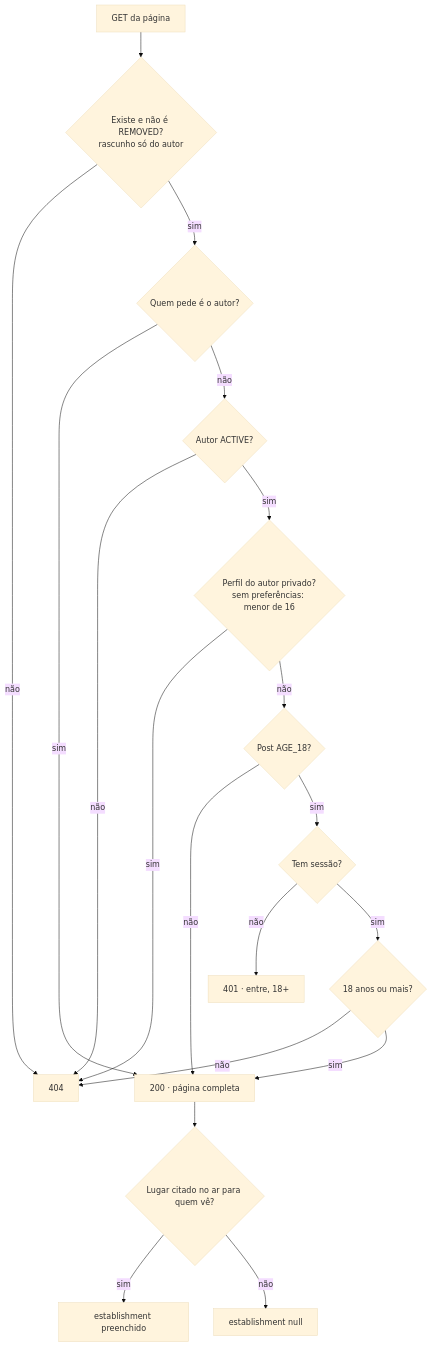
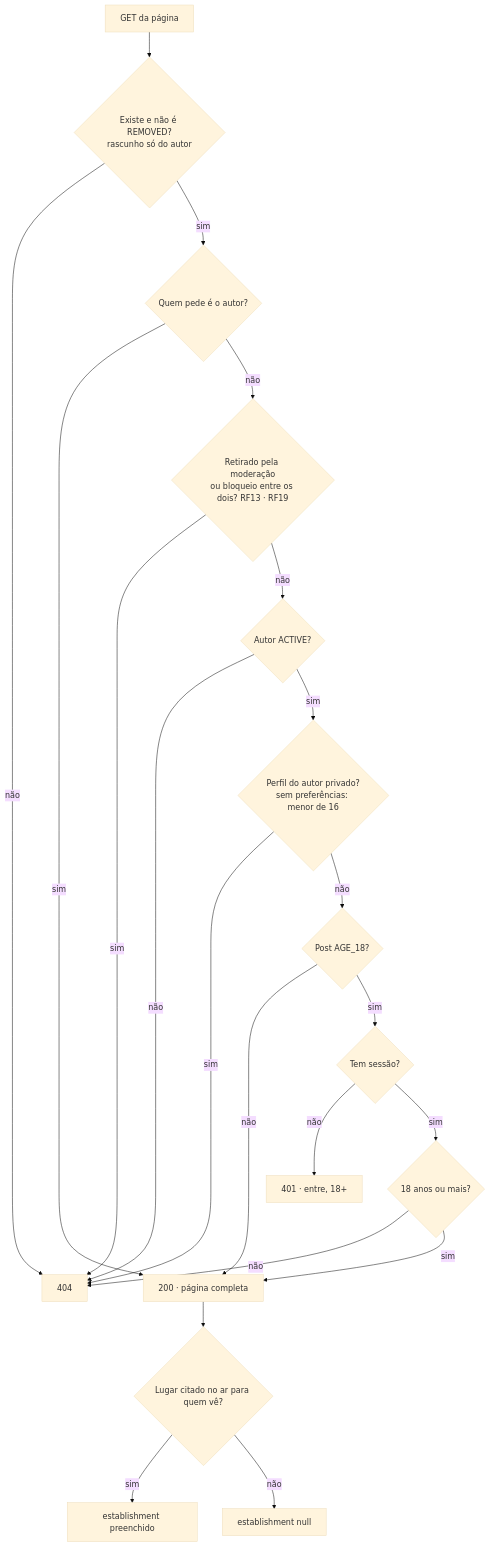
The first of 3 diagrams in docs/RF14/atividades.md (MatheusHaliski/Friendly-Eats), drawn with Mermaid (base theme) before and after one commit. The commit also changed other lines of this file and 90 other files, not shown here.

````diff
--- a/docs/RF14/atividades.md
+++ b/docs/RF14/atividades.md
@@ -5,21 +5,23 @@
 ```mermaid
 flowchart TD
     G[GET da página] --> X{Existe e não é REMOVED?<br/>rascunho só do autor}
     X -- não --> N404[404]
     X -- sim --> A{Quem pede é o autor?}
     A -- sim --> OK
-    A -- não --> AC{Autor ACTIVE?}
+    A -- não --> MO{Retirado pela moderação<br/>ou bloqueio entre os dois? RF13 · RF19}
+    MO -- sim --> N404
+    MO -- não --> AC{Autor ACTIVE?}
     AC -- não --> N404
     AC -- sim --> PR{Perfil do autor privado?<br/>sem preferências: menor de 16}
     PR -- sim --> N404
     PR -- não --> R{Post AGE_18?}
     R -- não --> OK
     R -- sim --> L{Tem sessão?}
     L -- não --> N401[401 · entre, 18+]
     L -- sim --> AD{18 anos ou mais?}
     AD -- não --> N404
     AD -- sim --> OK[200 · página completa]
     OK --> P{Lugar citado no ar para quem vê?}
     P -- sim --> PL[establishment preenchido]
     P -- não --> PN[establishment null]
 ```
````
